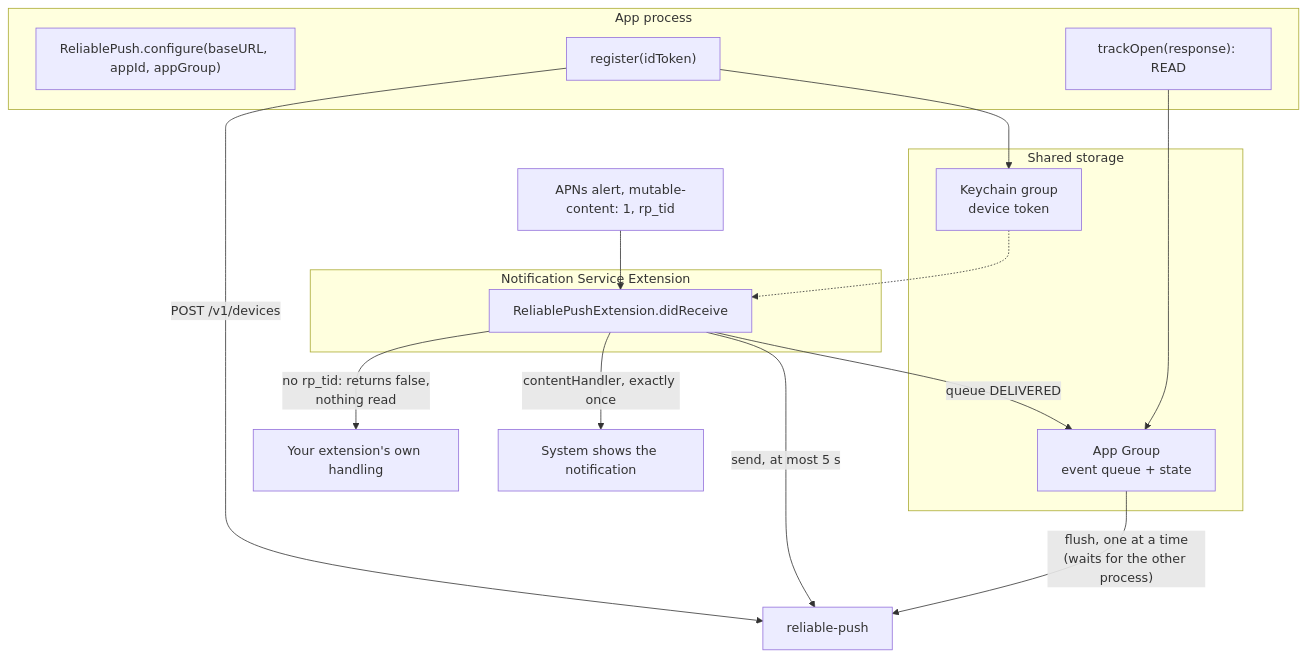
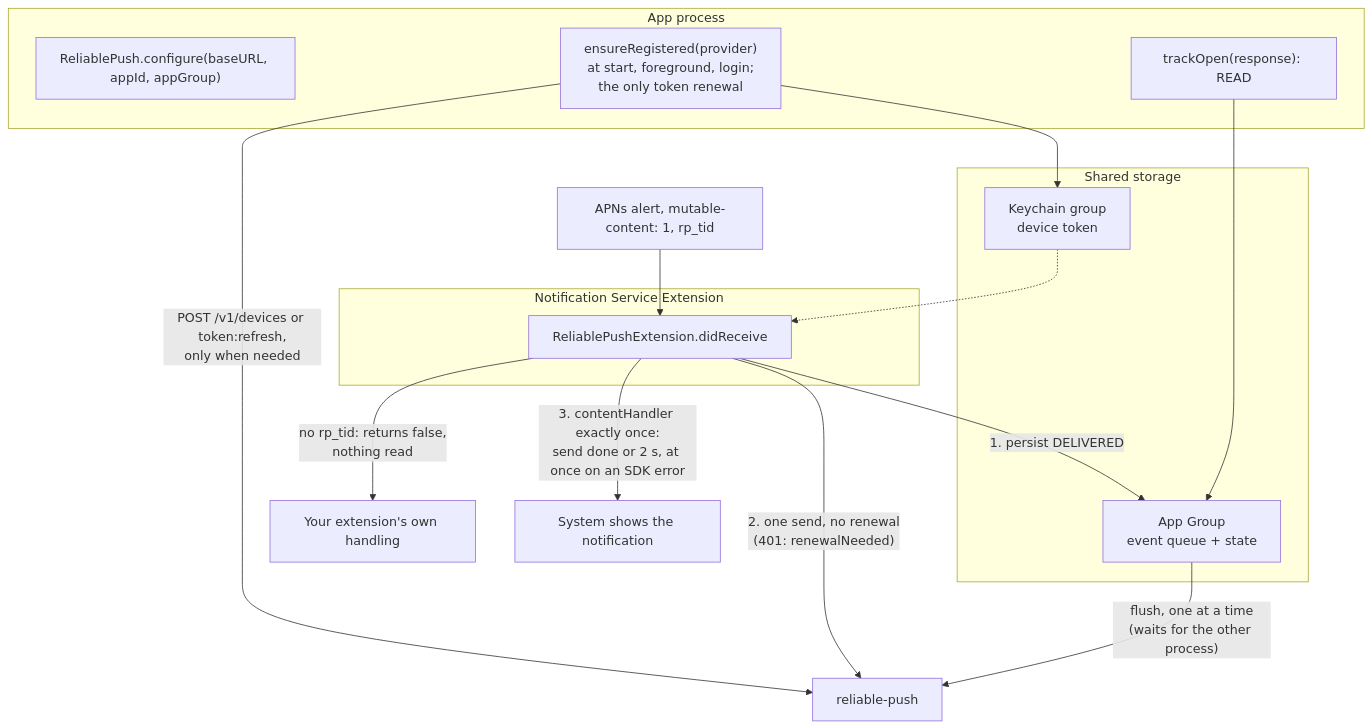
One commit to valentirob/reliable-push changed the tenth of 13 diagrams in docs/overview.md. Above: the diagram before and after it, drawn with Mermaid. The commit also changed other lines of this file and 20 other files, not shown here.

````diff
--- a/docs/overview.md
+++ b/docs/overview.md
@@ -289,25 +310,25 @@
 ```mermaid
 flowchart TB
   subgraph app["App process"]
     CFG["ReliablePush.configure(baseURL, appId, appGroup)"]
-    REG["register(idToken)"]
+    REG["ensureRegistered(provider)<br/>at start, foreground, login;<br/>the only token renewal"]
     TO["trackOpen(response): READ"]
   end
   subgraph nse["Notification Service Extension"]
     DR["ReliablePushExtension.didReceive"]
   end
   subgraph shared["Shared storage"]
     KC["Keychain group<br/>device token"]
     AG["App Group<br/>event queue + state"]
   end
   APNS["APNs alert, mutable-content: 1, rp_tid"] --> DR
   DR -- "no rp_tid: returns false,<br/>nothing read" --> OWNI["Your extension's own handling"]
-  REG -- "POST /v1/devices" --> API["reliable-push"]
+  REG -- "POST /v1/devices or token:refresh,<br/>only when needed" --> API["reliable-push"]
   REG --> KC
-  DR -- "queue DELIVERED" --> AG
-  DR -- "send, at most 5 s" --> API
-  DR -- "contentHandler, exactly once" --> SHOW["System shows the notification"]
+  DR -- "1. persist DELIVERED" --> AG
+  DR -- "2. one send, no renewal<br/>(401: renewalNeeded)" --> API
+  DR -- "3. contentHandler exactly once:<br/>send done or 2 s, at once on an SDK error" --> SHOW["System shows the notification"]
   TO --> AG
   AG -- "flush, one at a time<br/>(waits for the other process)" --> API
   KC -.-> DR
 ```
````
